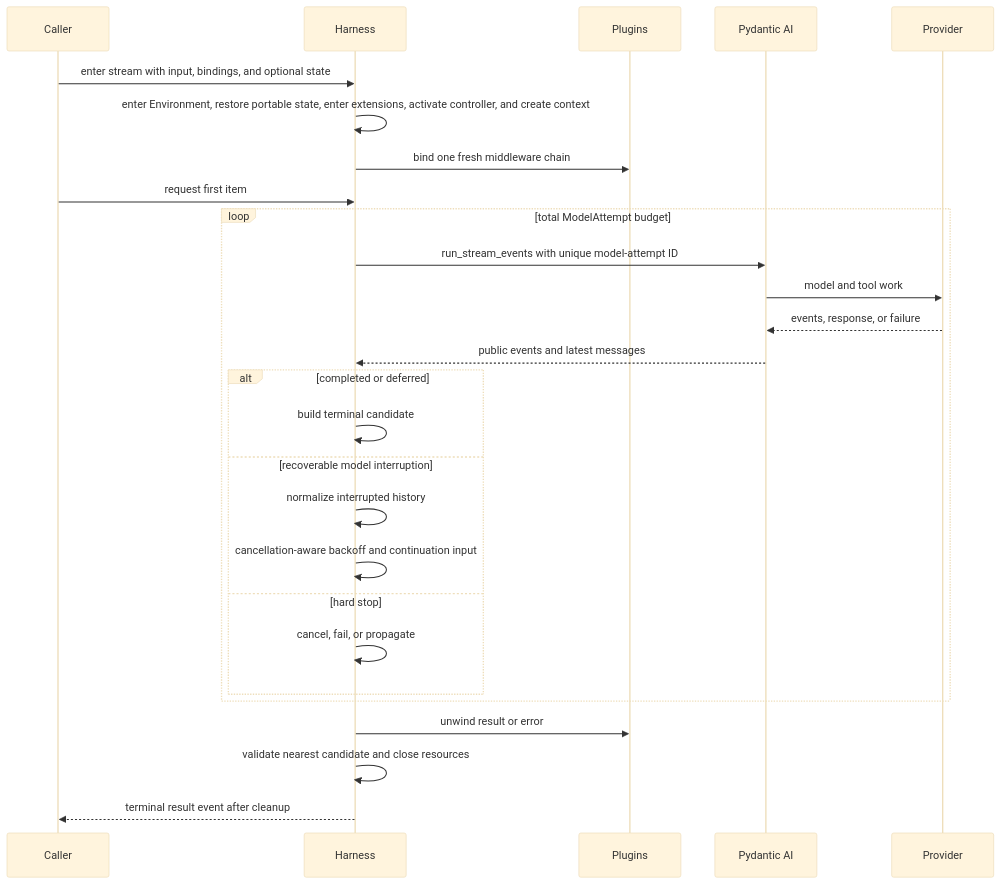
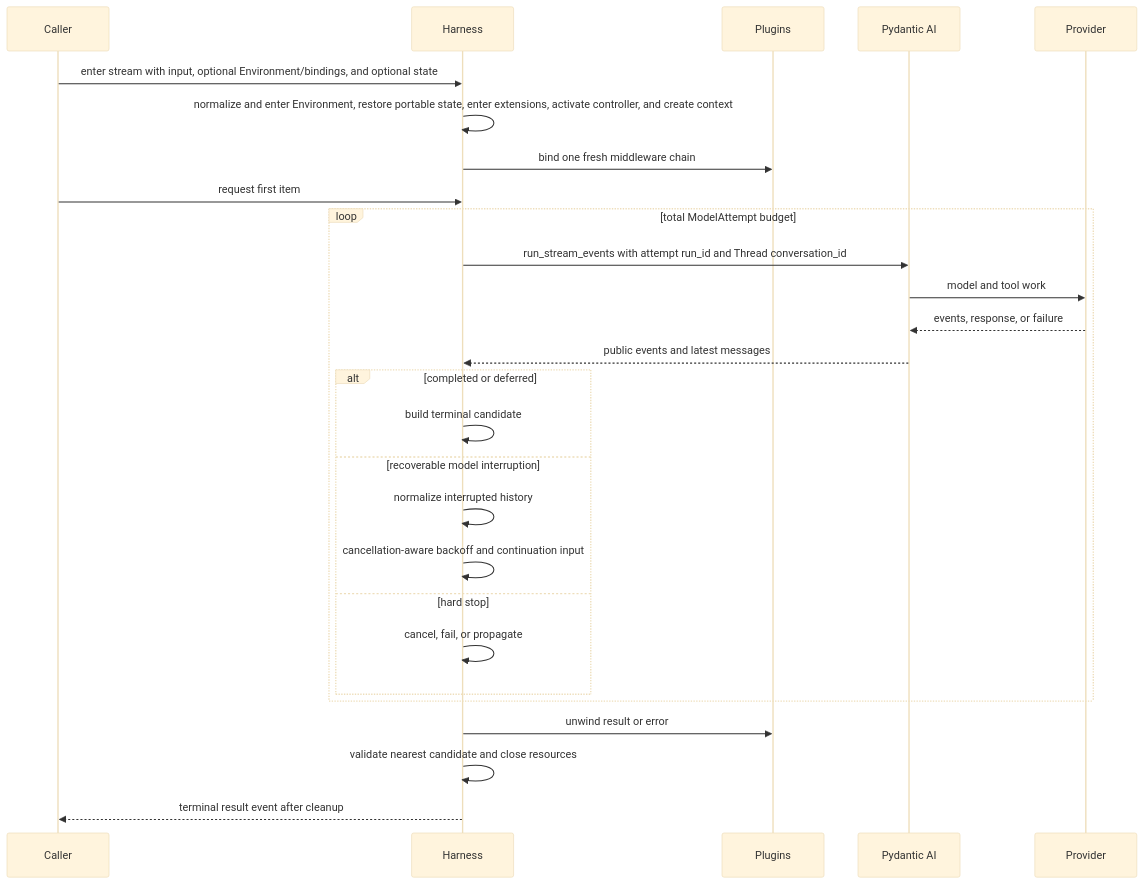
One commit to LTThreeComma/agent-foundation changed the second of 2 diagrams in spec/agent-harness/06-execution-context-and-lifecycle.md. Above: the diagram before and after it, drawn with Mermaid (base theme). The commit also changed other lines of this file and 125 other files, not shown here.

Commit message:
feat: complete Harness runtime and environment contracts (#26)

````diff
--- a/spec/agent-harness/06-execution-context-and-lifecycle.md
+++ b/spec/agent-harness/06-execution-context-and-lifecycle.md
@@ -80,30 +81,30 @@
 ```mermaid
 sequenceDiagram
     participant Caller
     participant Harness
     participant Plugins
     participant PAI as Pydantic AI
     participant Provider
 
-    Caller->>Harness: enter stream with input, bindings, and optional state
-    Harness->>Harness: enter Environment, restore portable state, enter extensions, activate controller, and create context
+    Caller->>Harness: enter stream with input, optional Environment/bindings, and optional state
+    Harness->>Harness: normalize and enter Environment, restore portable state, enter extensions, activate controller, and create context
     Harness->>Plugins: bind one fresh middleware chain
     Caller->>Harness: request first item
     loop total ModelAttempt budget
-        Harness->>PAI: run_stream_events with unique model-attempt ID
+        Harness->>PAI: run_stream_events with attempt run_id and Thread conversation_id
         PAI->>Provider: model and tool work
         Provider-->>PAI: events, response, or failure
         PAI-->>Harness: public events and latest messages
         alt completed or deferred
             Harness->>Harness: build terminal candidate
         else recoverable model interruption
             Harness->>Harness: normalize interrupted history
             Harness->>Harness: cancellation-aware backoff and continuation input
         else hard stop
             Harness->>Harness: cancel, fail, or propagate
         end
     end
     Harness->>Plugins: unwind result or error
     Harness->>Harness: validate nearest candidate and close resources
     Harness-->>Caller: terminal result event after cleanup
 ```
````
